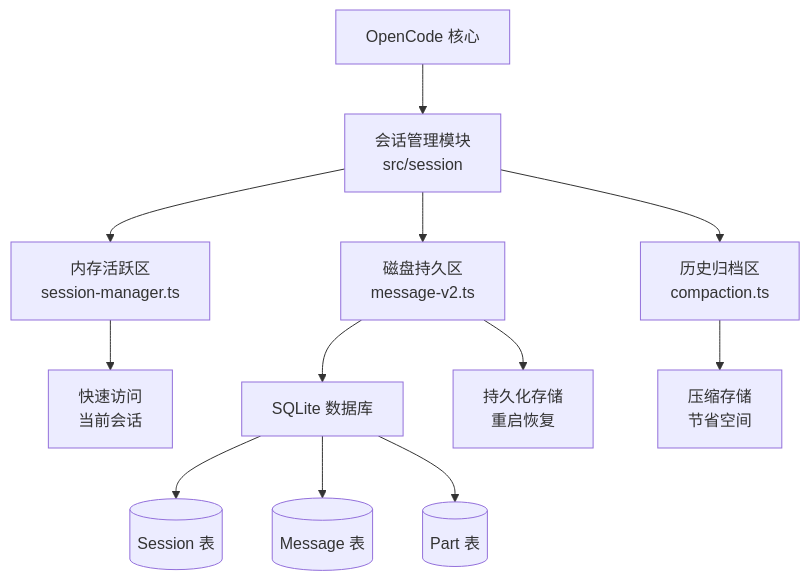
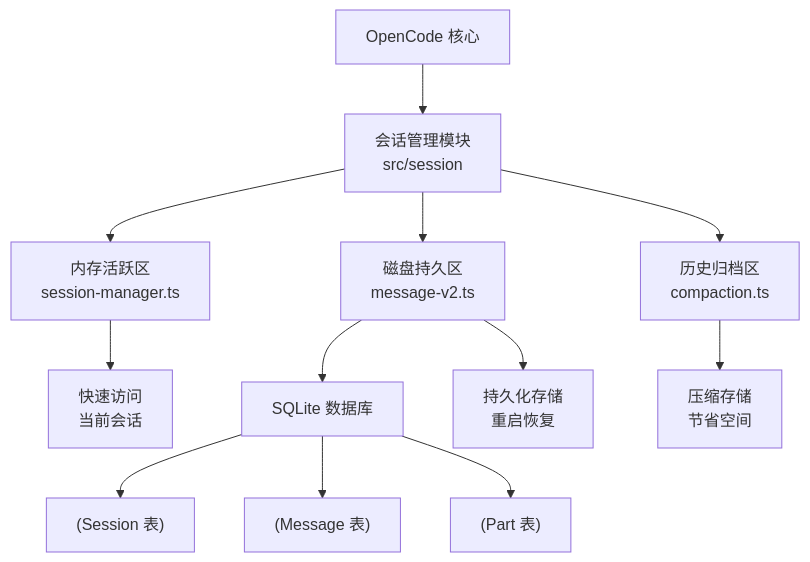
One commit to holny/Agent-Harness-Develop-Book changed diagram 17 of 46 in README.md. Above: the diagram before and after it, drawn with Mermaid. The commit also changed other lines of this file and 77 other files, not shown here.

Commit message:
V2版本+插图，DeepSeek Harness+Loop Engineering+Pi+Codex

````diff
--- a/README.md
+++ b/README.md
@@ -1528,17 +2963,17 @@
 ```mermaid
 flowchart TD
     A[OpenCode 核心] --> B[会话管理模块<br>src/session]
     
     B --> C[内存活跃区<br>session-manager.ts]
     B --> D[磁盘持久区<br>message-v2.ts]
     B --> E[历史归档区<br>compaction.ts]
     
     D --> F[SQLite 数据库]
-    F --> G[(Session 表)]
-    F --> H[(Message 表)]
-    F --> I[(Part 表)]
+    F --> G["(Session 表)"]
+    F --> H["(Message 表)"]
+    F --> I["(Part 表)"]
     
     C --> J[快速访问<br>当前会话]
     D --> K[持久化存储<br>重启恢复]
     E --> L[压缩存储<br>节省空间]
 ```
````
